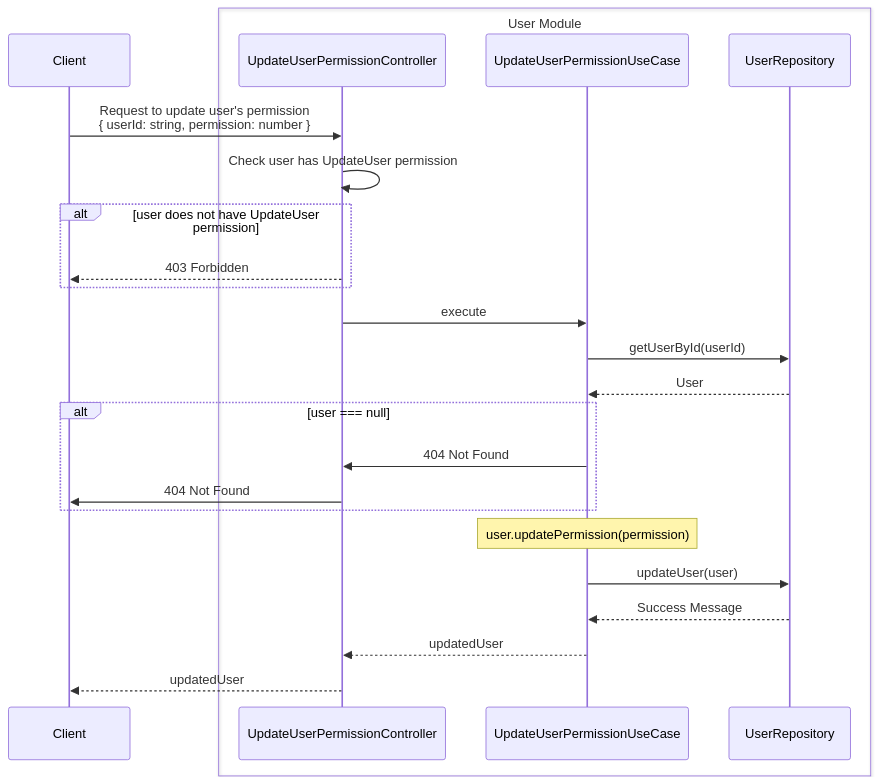
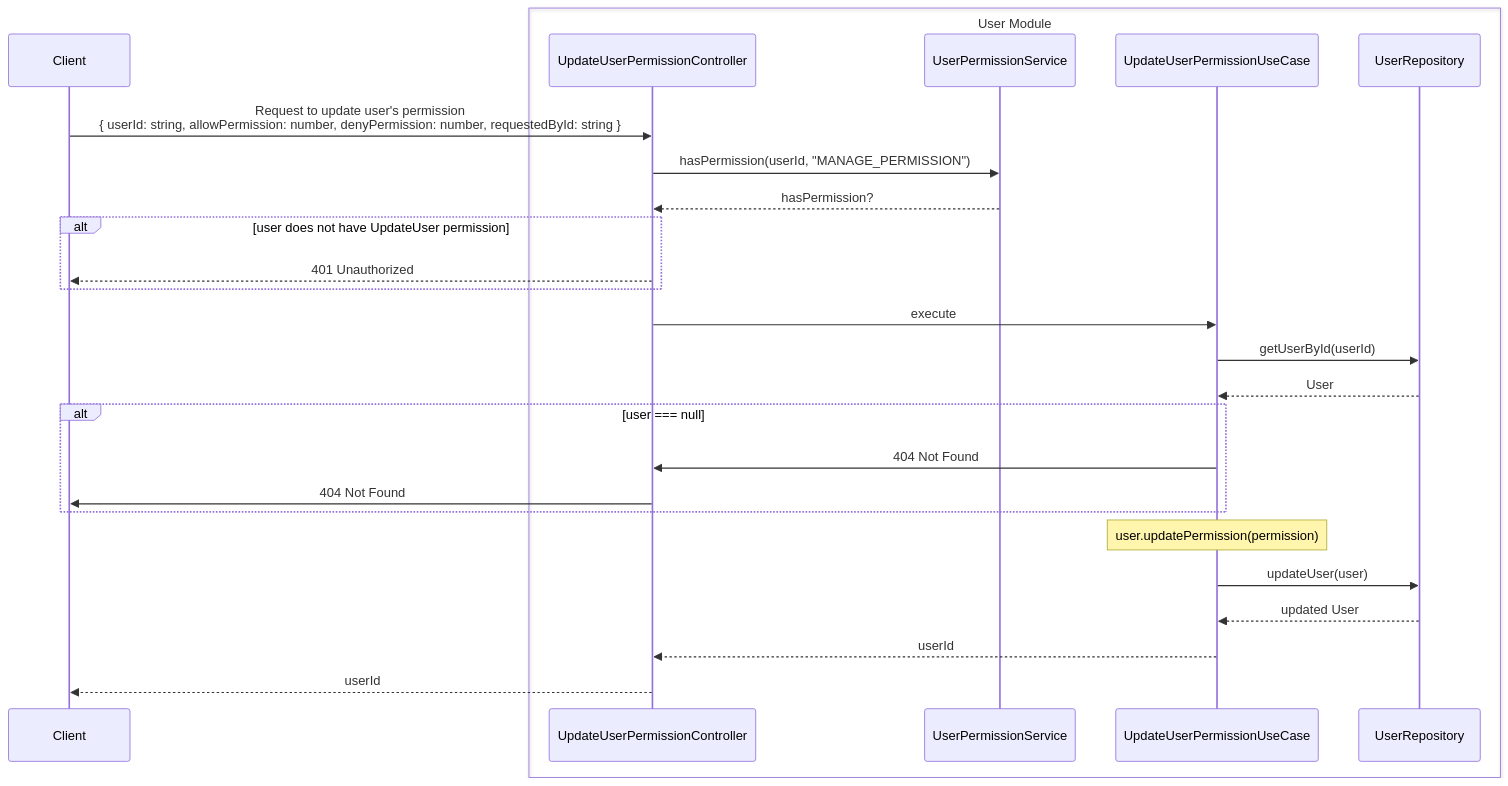
One commit to ThesisVault/thesis-vault changed the diagram in docs/diagrams/user/useCase/updateUserPermissionUseCase.sequence.md. Above: the diagram before and after it, drawn with Mermaid. The commit also changed 15 other files, not shown here.

First line of the commit message:
feat/TV-34-implement-update-user-permission-usecase (#38)

````diff
--- a/docs/diagrams/user/useCase/updateUserPermissionUseCase.sequence.md
+++ b/docs/diagrams/user/useCase/updateUserPermissionUseCase.sequence.md
@@ -3,31 +3,33 @@
 ```mermaid
 sequenceDiagram
     participant Client
 
     box User Module
         participant UpdateUserPermissionController
+        participant UserPermissionService
         participant UpdateUserPermissionUseCase
         participant UserRepository
     end
 
-    Client ->> UpdateUserPermissionController: Request to update user's permission <br/> { userId: string, permission: number }
-    UpdateUserPermissionController ->> UpdateUserPermissionController: Check user has UpdateUser permission
+    Client ->> UpdateUserPermissionController: Request to update user's permission <br/> { userId: string, allowPermission: number, denyPermission: number, requestedById: string }
+    UpdateUserPermissionController ->> UserPermissionService: hasPermission(userId, "MANAGE_PERMISSION")
+    UserPermissionService -->> UpdateUserPermissionController: hasPermission?
     alt user does not have UpdateUser permission
-        UpdateUserPermissionController -->> Client: 403 Forbidden
+        UpdateUserPermissionController -->> Client: 401 Unauthorized
     end
 
     UpdateUserPermissionController ->> UpdateUserPermissionUseCase: execute
     UpdateUserPermissionUseCase ->> UserRepository: getUserById(userId)
     UserRepository -->> UpdateUserPermissionUseCase: User
 
     alt user === null
         UpdateUserPermissionUseCase ->> UpdateUserPermissionController: 404 Not Found
         UpdateUserPermissionController ->> Client: 404 Not Found
     end
 
     Note over UpdateUserPermissionUseCase: user.updatePermission(permission)
     UpdateUserPermissionUseCase ->> UserRepository: updateUser(user)
-    UserRepository -->> UpdateUserPermissionUseCase: Success Message
-    UpdateUserPermissionUseCase -->> UpdateUserPermissionController: updatedUser
-    UpdateUserPermissionController -->> Client: updatedUser
+    UserRepository -->> UpdateUserPermissionUseCase: updated User
+    UpdateUserPermissionUseCase -->> UpdateUserPermissionController: userId
+    UpdateUserPermissionController -->> Client: userId
 ```
````
